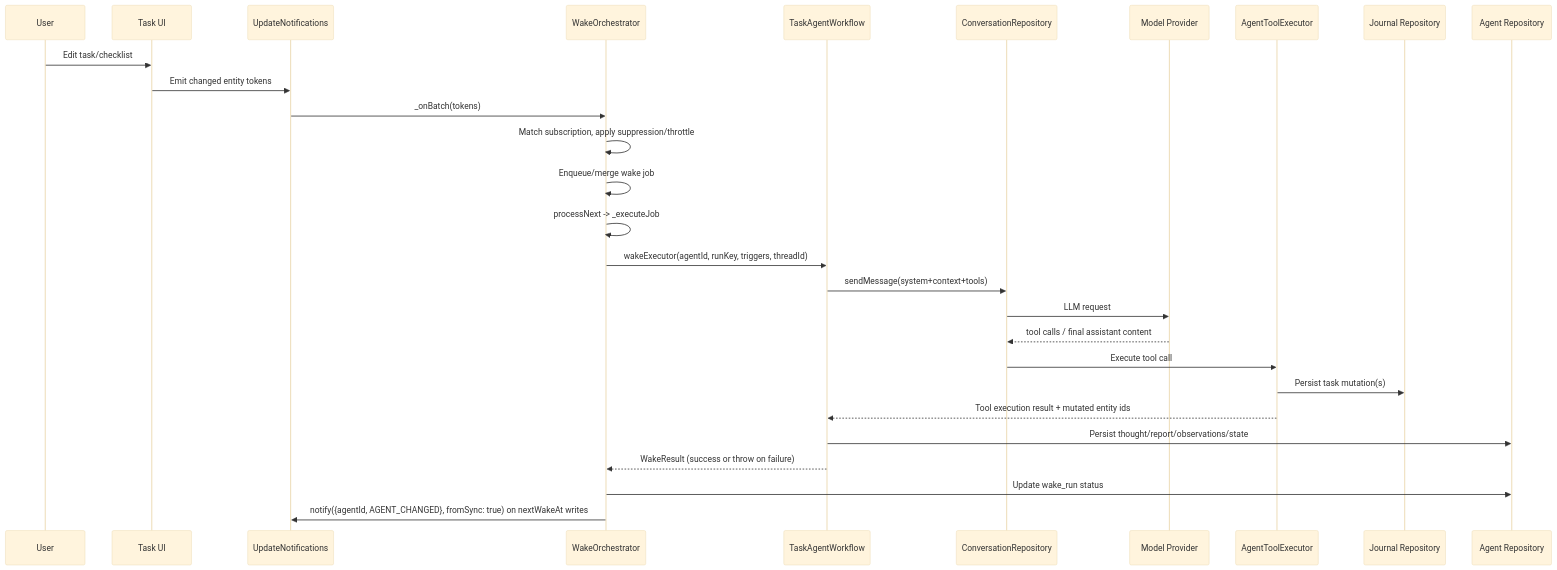
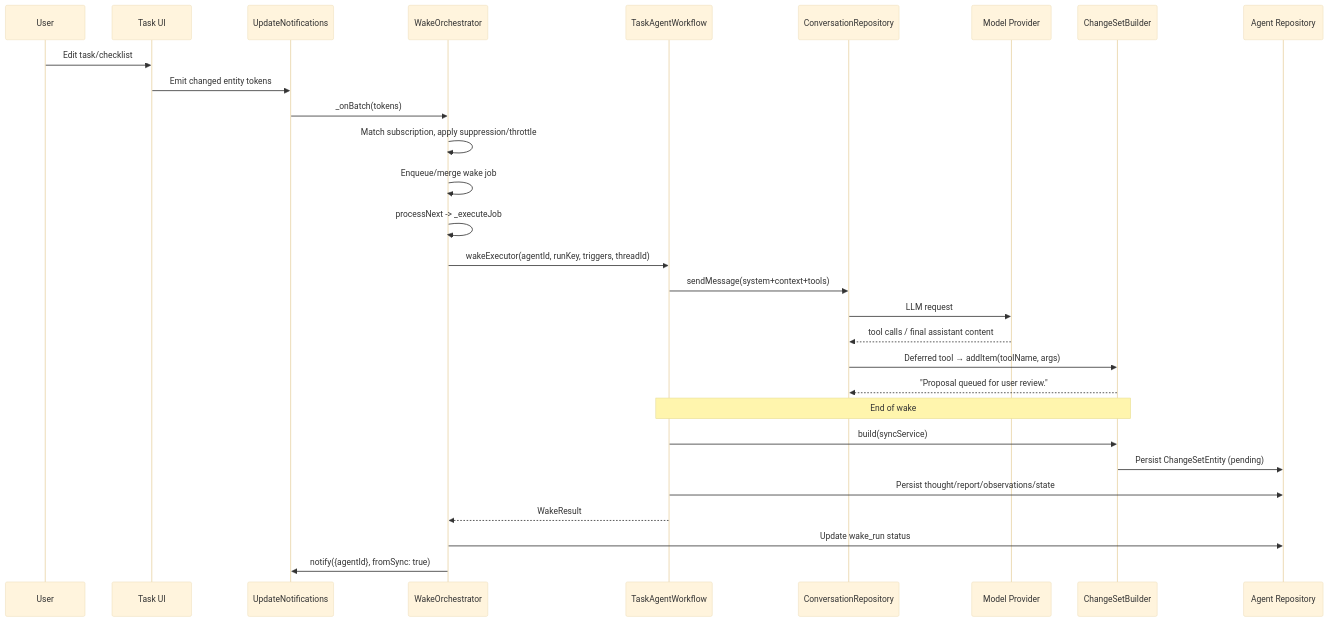
Before and after one commit to matthiasn/lotti: the fifth of 7 diagrams in lib/features/agents/README.md, drawn with Mermaid (base theme). The commit also changed other lines of this file and 37 other files, not shown here.

````diff
--- a/lib/features/agents/README.md
+++ b/lib/features/agents/README.md
@@ -94,31 +125,32 @@
 ```mermaid
 sequenceDiagram
   participant U as User
   participant T as Task UI
   participant N as UpdateNotifications
   participant O as WakeOrchestrator
   participant W as TaskAgentWorkflow
   participant C as ConversationRepository
   participant M as Model Provider
-  participant X as AgentToolExecutor
-  participant J as Journal Repository
+  participant CSB as ChangeSetBuilder
   participant ADB as Agent Repository
 
   U->>T: Edit task/checklist
   T->>N: Emit changed entity tokens
   N->>O: _onBatch(tokens)
   O->>O: Match subscription, apply suppression/throttle
   O->>O: Enqueue/merge wake job
   O->>O: processNext -> _executeJob
   O->>W: wakeExecutor(agentId, runKey, triggers, threadId)
   W->>C: sendMessage(system+context+tools)
   C->>M: LLM request
   M-->>C: tool calls / final assistant content
-  C->>X: Execute tool call
-  X->>J: Persist task mutation(s)
-  X-->>W: Tool execution result + mutated entity ids
+  C->>CSB: Deferred tool → addItem(toolName, args)
+  CSB-->>C: "Proposal queued for user review."
+  Note over W,CSB: End of wake
+  W->>CSB: build(syncService)
+  CSB->>ADB: Persist ChangeSetEntity (pending)
   W->>ADB: Persist thought/report/observations/state
-  W-->>O: WakeResult (success or throw on failure)
+  W-->>O: WakeResult
   O->>ADB: Update wake_run status
-  O->>N: notify({agentId, AGENT_CHANGED}, fromSync: true) on nextWakeAt writes
+  O->>N: notify({agentId}, fromSync: true)
 ```
````
